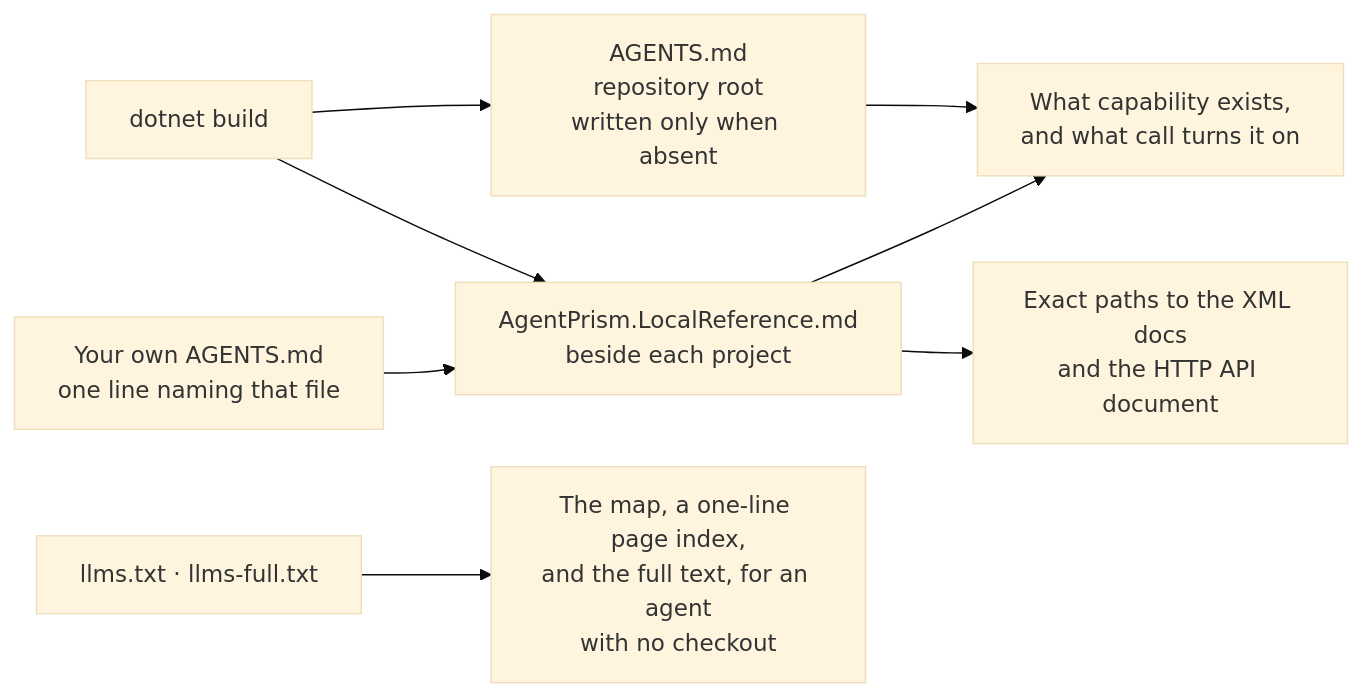
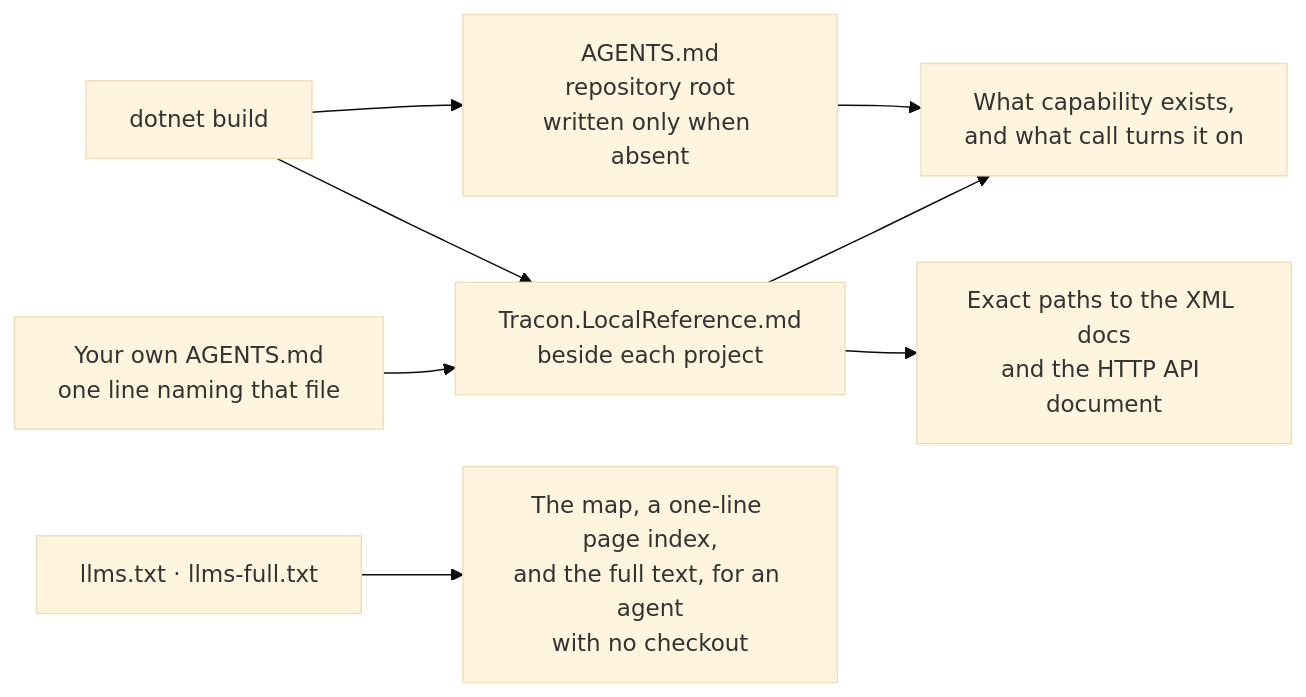
The diagram in docs-site/src/content/docs/guides/coding-agents.md (farukatasoy/Tracon), drawn with Mermaid (base theme) before and after one commit. The commit also changed other lines of this file and 4535 other files, not shown here.

````diff
--- a/docs-site/src/content/docs/guides/coding-agents.md
+++ b/docs-site/src/content/docs/guides/coding-agents.md
@@ -42,12 +42,12 @@
 ```mermaid
 flowchart LR
     accTitle: What a coding agent reads, and which question each file answers
     accDescr: The build writes the capability map and the local reference. The local reference names the map on disk, so a repository that keeps its own instructions reaches it through one pointer line. The site copies serve an agent with no checkout.
     BUILD["dotnet build"] --> MAP["AGENTS.md<br/>repository root<br/>written only when absent"]
-    BUILD --> LOCAL["AgentPrism.LocalReference.md<br/>beside each project"]
+    BUILD --> LOCAL["Tracon.LocalReference.md<br/>beside each project"]
     OWN["Your own AGENTS.md<br/>one line naming that file"] --> LOCAL
     MAP --> Q1["What capability exists,<br/>and what call turns it on"]
     LOCAL --> Q1
     LOCAL --> Q2["Exact paths to the XML docs<br/>and the HTTP API document"]
     SITE["llms.txt · llms-full.txt"] --> Q3["The map, a one-line page index,<br/>and the full text, for an agent<br/>with no checkout"]
 ```
````
